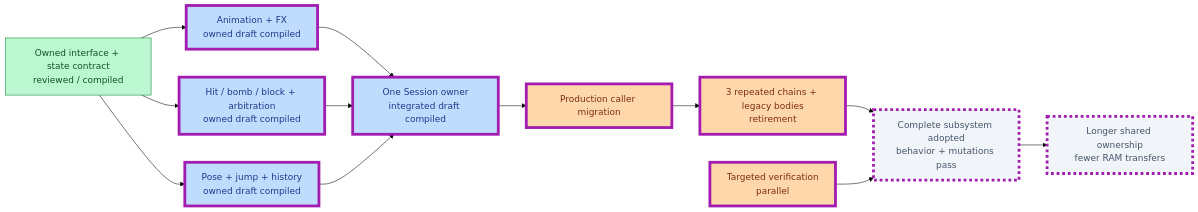
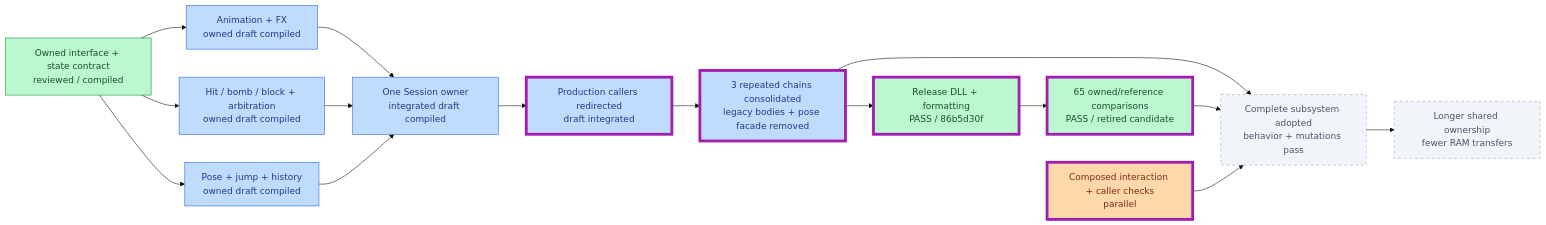
Before and after one commit to JimLundin/sm-decomp: the second of 24 diagrams in PROGRESS.md, drawn with Mermaid (base theme). The commit also changed 1 other file, not shown here.

Commit message:
Report retired transition candidate and 65 passing comparisons
Documentation only. Candidate 86b5d30f passed release DLL, formatting and all 65 owned comparisons, including 11 CPU comparisons; retirement and production caller migration remain unadopted pending targeted interaction/caller checks and mutations. Checked diff and progress counters; main source unchanged.

````diff
--- a/PROGRESS.md
+++ b/PROGRESS.md
@@ -27,20 +27,22 @@
 ```mermaid
 flowchart LR
     DESIGN["Owned interface + state contract<br/>reviewed / compiled"]:::done --> ANIM["Animation + FX<br/>owned draft compiled"]:::draft
     DESIGN --> REQUEST["Hit / bomb / block + arbitration<br/>owned draft compiled"]:::draft
     DESIGN --> POSE["Pose + jump + history<br/>owned draft compiled"]:::draft
     ANIM --> OWNER["One Session owner<br/>integrated draft compiled"]:::draft
     REQUEST --> OWNER
     POSE --> OWNER
-    OWNER --> CALLERS["Production caller migration"]:::active
-    CALLERS --> DELETE["3 repeated chains + legacy bodies<br/>retirement"]:::active
+    OWNER --> CALLERS["Production callers redirected<br/>draft integrated"]:::draft
+    CALLERS --> DELETE["3 repeated chains consolidated<br/>legacy bodies + pose facade removed"]:::draft
     DELETE --> ADOPT["Complete subsystem adopted<br/>behavior + mutations pass"]:::pending
-    CHECKS["Targeted verification<br/>parallel"]:::active --> ADOPT
+    DELETE --> BUILD["Release DLL + formatting<br/>PASS / 86b5d30f"]:::done
+    BUILD --> COMPARE["65 owned/reference comparisons<br/>PASS / retired candidate"]:::done --> ADOPT
+    CHECKS["Composed interaction + caller checks<br/>parallel"]:::active --> ADOPT
     ADOPT --> NEXT["Longer shared ownership<br/>fewer RAM transfers"]:::pending
-    class ANIM,REQUEST,POSE,OWNER,CALLERS,DELETE,ADOPT,CHECKS,NEXT changed
+    class CALLERS,DELETE,BUILD,COMPARE,CHECKS changed
     classDef done fill:#bbf7d0,stroke:#15803d,color:#14532d
     classDef draft fill:#bfdbfe,stroke:#2563eb,color:#1e3a8a
     classDef active fill:#fed7aa,stroke:#ea580c,color:#7c2d12
     classDef pending fill:#f1f5f9,stroke:#94a3b8,color:#475569,stroke-dasharray:5 5
     classDef changed stroke:#a21caf,stroke-width:5px
 ```
````
